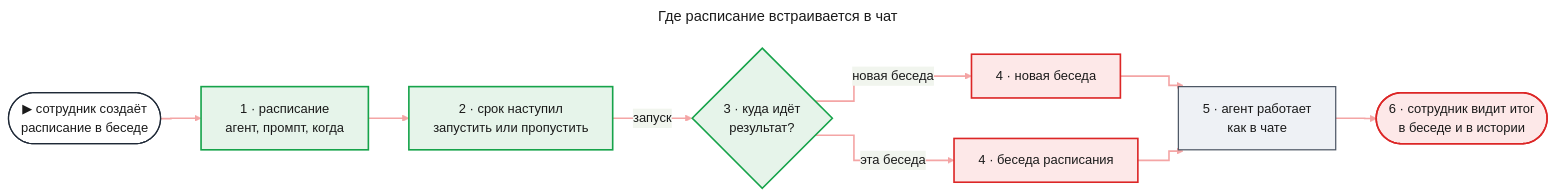
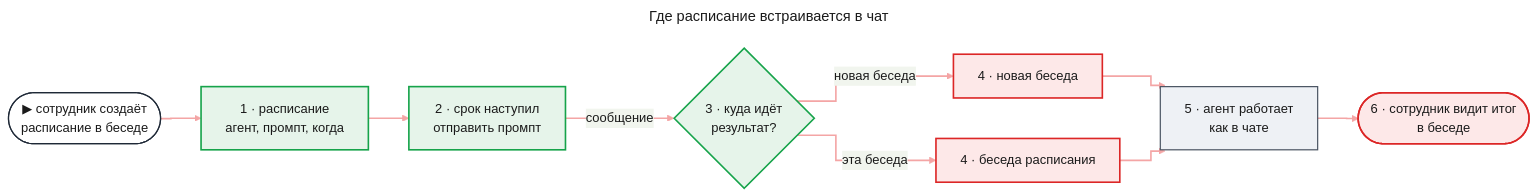
The first of 5 diagrams in docs/features/schedules-search-memory/prd.md (tundraray/agent-os), drawn with Mermaid before and after one commit. The commit also changed other lines of this file and 10 other files, not shown here.

````diff
--- a/docs/features/schedules-search-memory/prd.md
+++ b/docs/features/schedules-search-memory/prd.md
@@ -42,58 +41,58 @@
 ```mermaid
 ---
 title: "Где расписание встраивается в чат"
 config:
   theme: base
   look: classic
   themeVariables:
     primaryColor: "#eef1f5"
     primaryBorderColor: "#4b5563"
     primaryTextColor: "#1a1a1a"
     lineColor: "#6b7280"
   flowchart:
     curve: step
   themeCSS: |
     @keyframes lit_sch{0%,11.25%{stroke:#991b1b;stroke-width:6px}12.5%,100%{stroke:#f4a5a5;stroke-width:2px}}
 ---
 flowchart LR
     entry(["▶ сотрудник создаёт<br/>расписание в беседе"])
     sched["1 · расписание<br/>агент, промпт, когда"]
-    due["2 · срок наступил<br/>запустить или пропустить"]
+    due["2 · срок наступил<br/>отправить промпт"]
     mode{"3 · куда идёт<br/>результат?"}
     newc["4 · новая беседа"]
     samec["4 · беседа расписания"]
     agent["5 · агент работает<br/>как в чате"]
-    seen(["6 · сотрудник видит итог<br/>в беседе и в истории"])
+    seen(["6 · сотрудник видит итог<br/>в беседе"])
     entry e1@--> sched
     sched e2@--> due
-    due e3@-->|"запуск"| mode
+    due e3@-->|"сообщение"| mode
     mode e4@-->|"новая беседа"| newc
     mode e5@-->|"эта беседа"| samec
     newc e6@--> agent
     samec e7@--> agent
     agent e8@--> seen
     classDef entry fill:#ffffff,stroke:#1f2937,stroke-width:1.5px,color:#1a1a1a
     classDef changed fill:#fde8e8,stroke:#dc2626,stroke-width:2px,color:#1a1a1a
     classDef new fill:#e6f4ea,stroke:#16a34a,stroke-width:2px,color:#1a1a1a
     classDef unchanged fill:#eef1f5,stroke:#4b5563,stroke-width:1.5px,color:#1a1a1a
     classDef w1 stroke:#f4a5a5,stroke-width:2px,animation:lit_sch 9.6s linear 0s infinite
     classDef w2 stroke:#f4a5a5,stroke-width:2px,animation:lit_sch 9.6s linear 1.2s infinite
     classDef w3 stroke:#f4a5a5,stroke-width:2px,animation:lit_sch 9.6s linear 2.4s infinite
     classDef w4 stroke:#f4a5a5,stroke-width:2px,animation:lit_sch 9.6s linear 3.6s infinite
     classDef w5 stroke:#f4a5a5,stroke-width:2px,animation:lit_sch 9.6s linear 4.8s infinite
     classDef w6 stroke:#f4a5a5,stroke-width:2px,animation:lit_sch 9.6s linear 6s infinite
     classDef w7 stroke:#f4a5a5,stroke-width:2px,animation:lit_sch 9.6s linear 7.2s infinite
     classDef w8 stroke:#f4a5a5,stroke-width:2px,animation:lit_sch 9.6s linear 8.4s infinite
     class entry entry
     class sched,due,mode new
     class newc,samec,seen changed
     class agent unchanged
     class e1 w1
     class e2 w2
     class e3 w3
     class e4 w4
     class e5 w5
     class e6 w6
     class e7 w7
     class e8 w8
 ```
````
